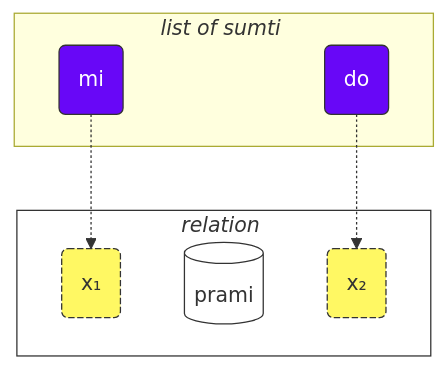
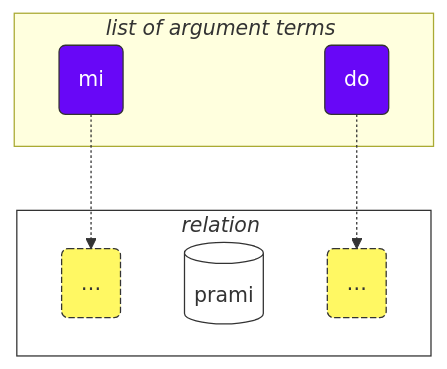
The second of 5 diagrams in data/pages/books/learn-lojban.md (La-Lojban/lojban.pw), drawn with Mermaid before and after one commit. The commit also changed other lines of this file and 15 other files, not shown here.

````diff
--- a/data/pages/books/learn-lojban.md
+++ b/data/pages/books/learn-lojban.md
@@ -2297,29 +245,29 @@
 ```mermaid
 flowchart TB
     %%common settings
     subgraph bridi["<i>relation</i>#nbsp;"]
-        x1("x#8321;")
+        x1("…")
         selbri
-        x2("x#8322;")
+        x2("…")
     end
-    subgraph sumti["<i>list of sumti</i>#nbsp;"]
+    subgraph sumti["<i>list of argument terms</i>#nbsp;"]
         s1-.->x1
         s2-.->x2
     end
     classDef s fill:#6807F7,stroke:#333,stroke-width:1px,color:#fff;
     class s1 s;
     class s2 s;
     classDef x fill:#FFF863,stroke:#333,stroke-width:1px,stroke-dasharray: 5 2;
     class x1 x;
     class x2 x;
     classDef blabi fill:#fff,stroke:#333;
     class selbri blabi;
     class bridi blabi;
 
     %% input your sumti:
     s1(mi)
     s2(do)
     %% input your selbri
     selbri[(prami)]
 
 ```
````
